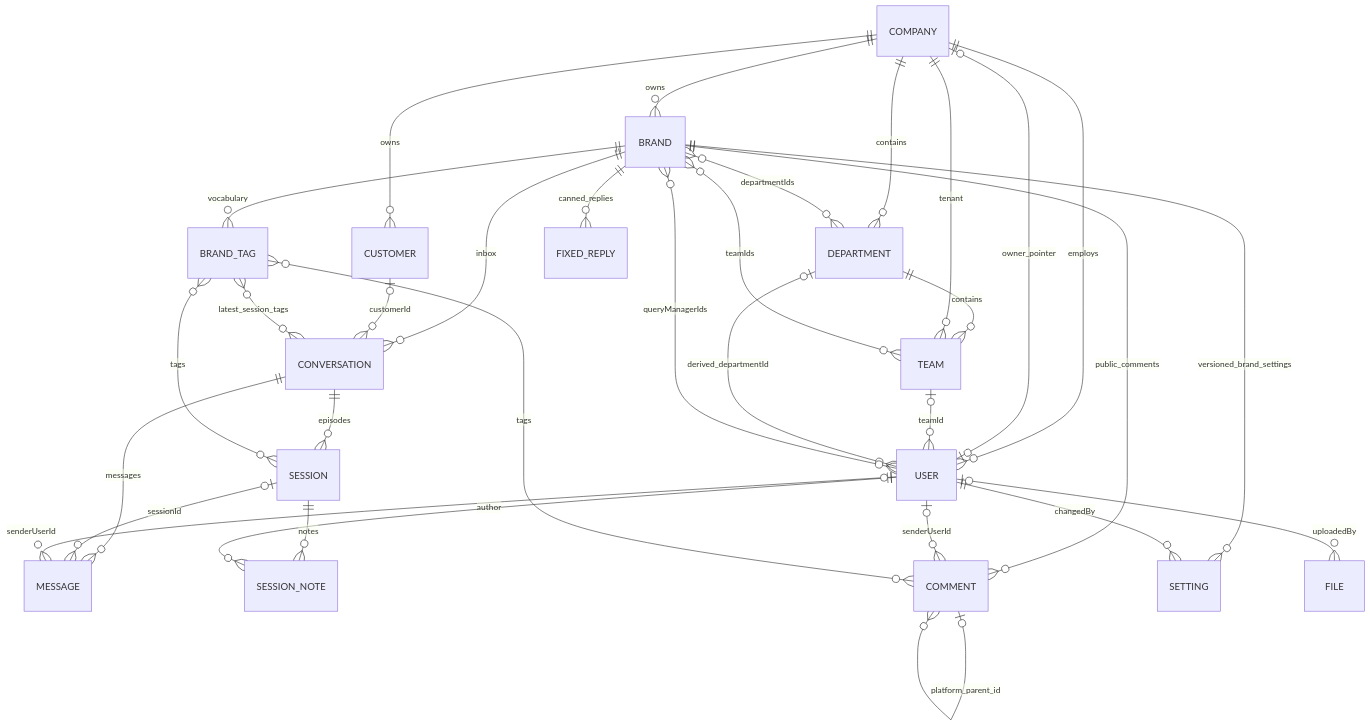
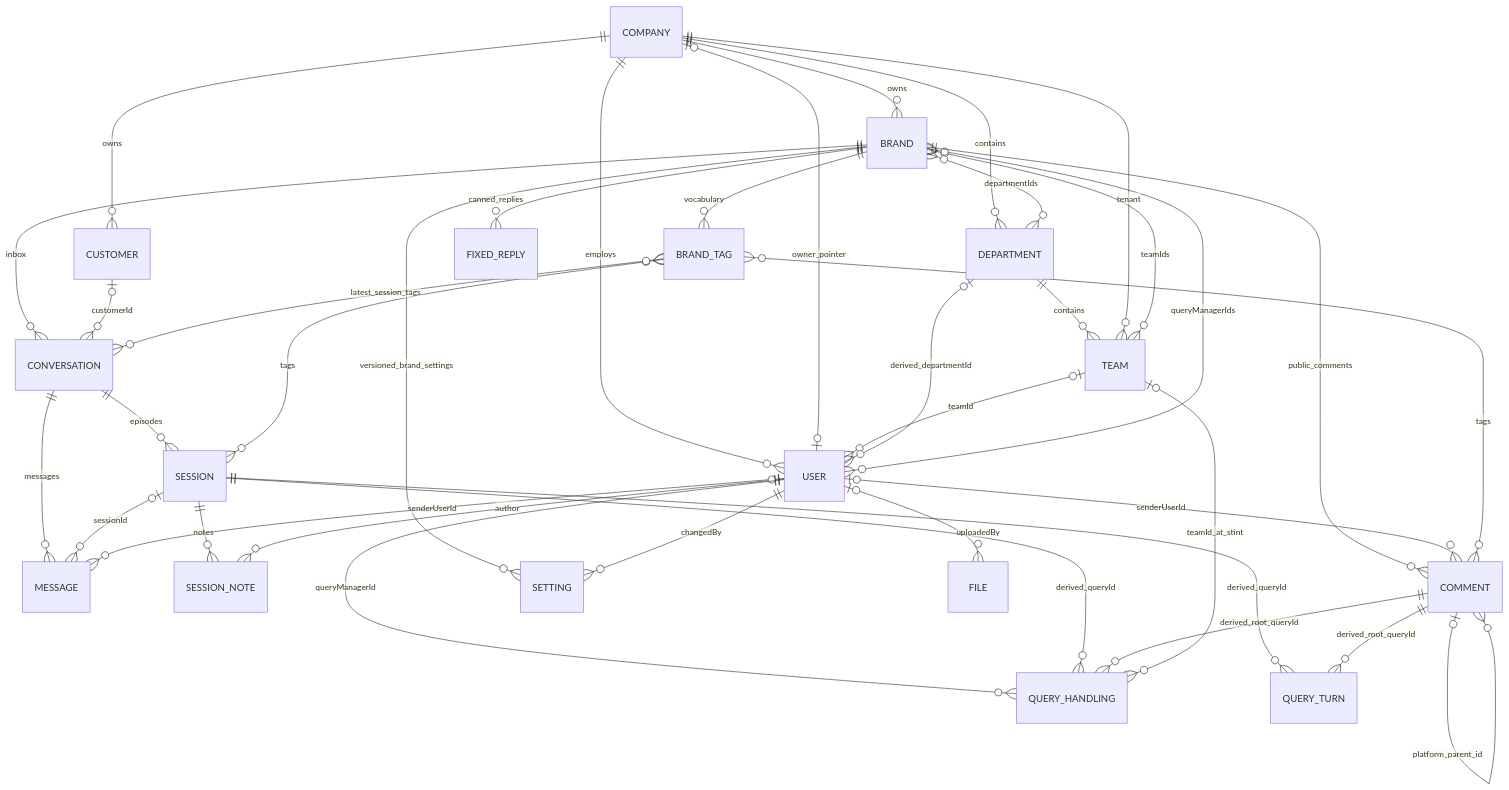
The diagram in content/docs/listenyzen/data-model.mdx (mdsalahuddin2001/fullstackshikhi), drawn with Mermaid before and after one commit. The commit also changed other lines of this file and 20 other files, not shown here.

````diff
--- a/content/docs/listenyzen/data-model.mdx
+++ b/content/docs/listenyzen/data-model.mdx
@@ -21,34 +21,40 @@
 ```mermaid
 erDiagram
     COMPANY ||--o{ USER : employs
     COMPANY ||--o{ DEPARTMENT : contains
     COMPANY ||--o{ BRAND : owns
     COMPANY ||--o{ CUSTOMER : owns
     COMPANY o|--o| USER : owner_pointer
     DEPARTMENT ||--o{ TEAM : contains
     TEAM o|--o{ USER : teamId
     DEPARTMENT o|--o{ USER : derived_departmentId
     COMPANY ||--o{ TEAM : tenant
     BRAND }o--o{ TEAM : teamIds
     BRAND }o--o{ DEPARTMENT : departmentIds
     BRAND }o--o{ USER : queryManagerIds
     BRAND ||--o{ BRAND_TAG : vocabulary
     BRAND ||--o{ CONVERSATION : inbox
     CUSTOMER o|--o{ CONVERSATION : customerId
     CONVERSATION ||--o{ SESSION : episodes
     CONVERSATION ||--o{ MESSAGE : messages
     SESSION o|--o{ MESSAGE : sessionId
     SESSION ||--o{ SESSION_NOTE : notes
     USER ||--o{ SESSION_NOTE : author
     USER o|--o{ MESSAGE : senderUserId
     BRAND ||--o{ COMMENT : public_comments
     COMMENT o|--o{ COMMENT : platform_parent_id
     USER o|--o{ COMMENT : senderUserId
     BRAND_TAG }o--o{ SESSION : tags
     BRAND_TAG }o--o{ COMMENT : tags
     BRAND_TAG }o--o{ CONVERSATION : latest_session_tags
     BRAND ||--o{ FIXED_REPLY : canned_replies
     BRAND ||--o{ SETTING : versioned_brand_settings
     USER ||--o{ SETTING : changedBy
     USER o|--o{ FILE : uploadedBy
+    USER ||--o{ QUERY_HANDLING : queryManagerId
+    SESSION ||--o{ QUERY_HANDLING : derived_queryId
+    COMMENT ||--o{ QUERY_HANDLING : derived_root_queryId
+    SESSION ||--o{ QUERY_TURN : derived_queryId
+    COMMENT ||--o{ QUERY_TURN : derived_root_queryId
+    TEAM o|--o{ QUERY_HANDLING : teamId_at_stint
 ```
````
